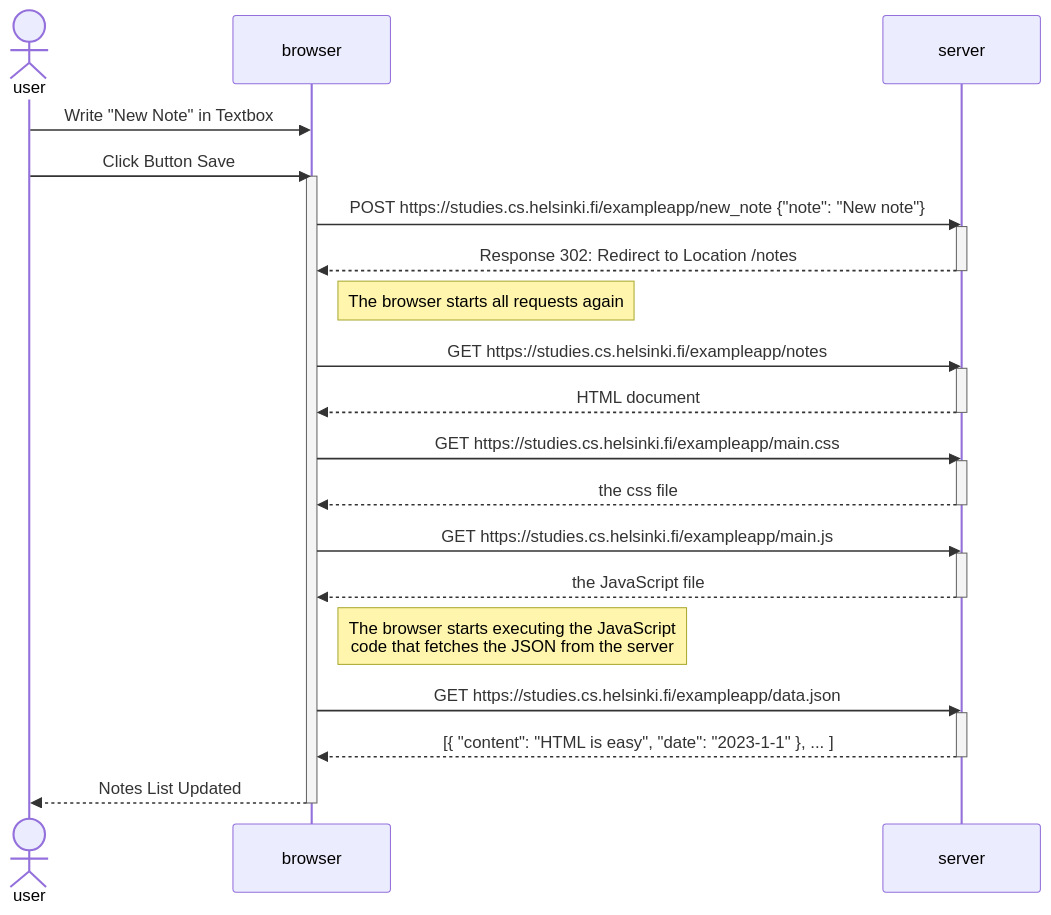
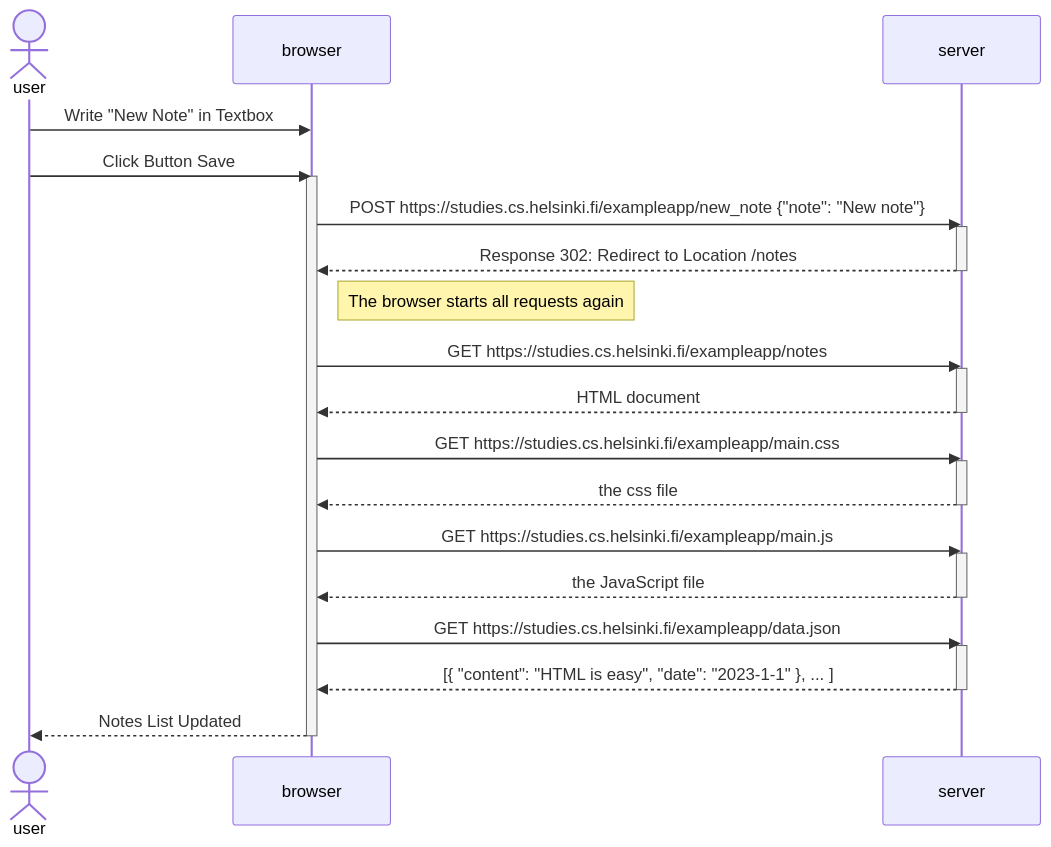
One commit to oorellana95/full-stack-open changed the second of 4 diagrams in part0/traditional_and_spa_approaches.md. Above: the diagram before and after it, drawn with Mermaid. The commit also changed other lines of this file, not shown here.

````diff
--- a/part0/traditional_and_spa_approaches.md
+++ b/part0/traditional_and_spa_approaches.md
@@ -45,44 +42,40 @@
 ```mermaid
-
 sequenceDiagram
     actor user
     participant browser
     participant server
 
     user->>browser: Write "New Note" in Textbox
     user->>browser: Click Button Save
     activate browser
 
     browser->>server: POST https://studies.cs.helsinki.fi/exampleapp/new_note {"note": "New note"}
     activate server
     server-->>browser: Response 302: Redirect to Location /notes
     deactivate server
 
     Note right of browser: The browser starts all requests again
 
     browser->>server: GET https://studies.cs.helsinki.fi/exampleapp/notes
     activate server
     server-->>browser: HTML document
     deactivate server
 
     browser->>server: GET https://studies.cs.helsinki.fi/exampleapp/main.css
     activate server
     server-->>browser: the css file
     deactivate server
 
     browser->>server: GET https://studies.cs.helsinki.fi/exampleapp/main.js
     activate server
     server-->>browser: the JavaScript file
     deactivate server
 
-    Note right of browser: The browser starts executing the JavaScript<br/> code that fetches the JSON from the server
-
     browser->>server: GET https://studies.cs.helsinki.fi/exampleapp/data.json
     activate server
     server-->>browser: [{ "content": "HTML is easy", "date": "2023-1-1" }, ... ]
     deactivate server
 
     browser-->>user: Notes List Updated
     deactivate browser
-
 ```
````
